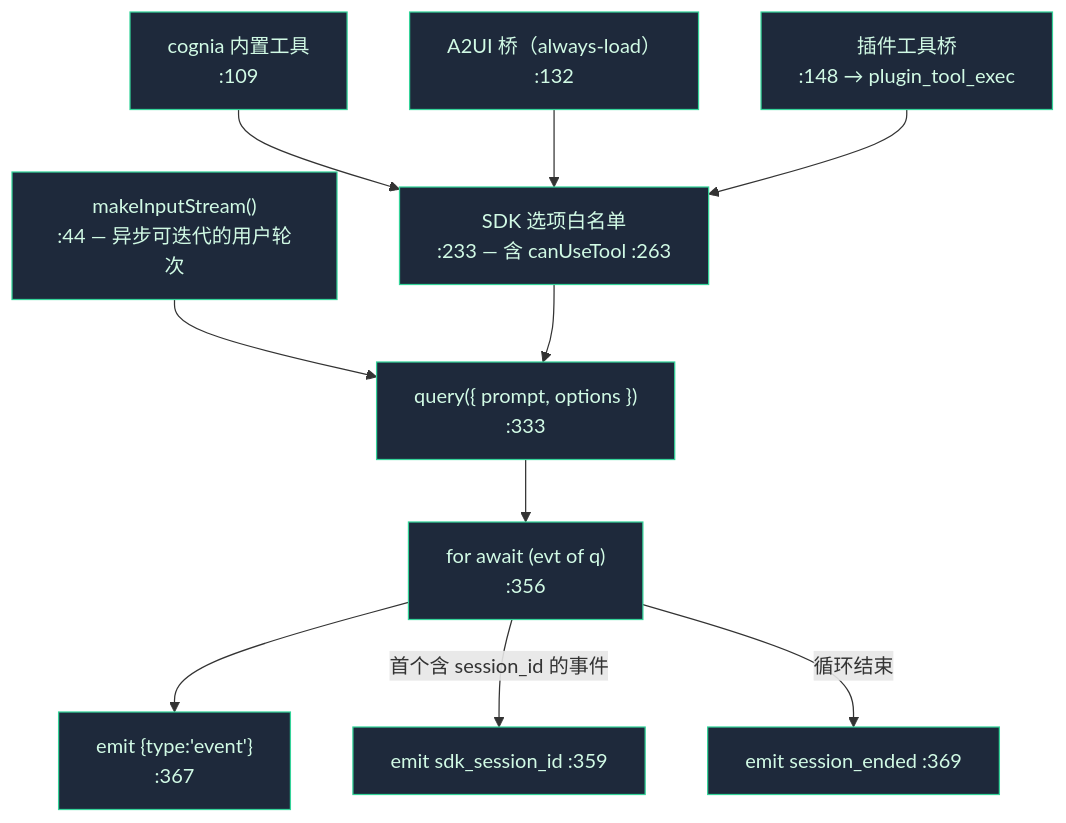
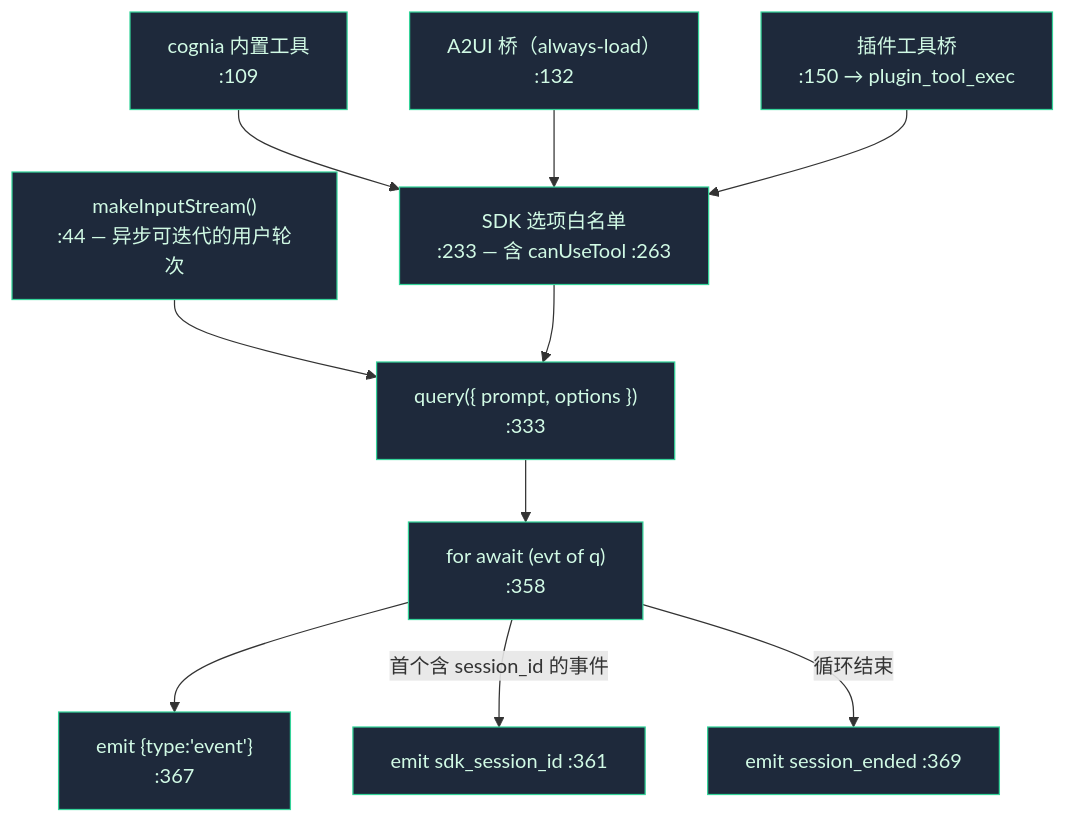
The third of 3 diagrams in docs/content/docs/zh/chat/built-in-agent/runtime-loop.mdx (MaxQian888/cognia-next), drawn with Mermaid before and after one commit. The commit also changed other lines of this file and 17 other files, not shown here.

````diff
--- a/docs/content/docs/zh/chat/built-in-agent/runtime-loop.mdx
+++ b/docs/content/docs/zh/chat/built-in-agent/runtime-loop.mdx
@@ -152,19 +152,19 @@
 ```mermaid
 flowchart TB
   IN["makeInputStream()<br/>:44 — 异步可迭代的用户轮次"]
   MCP1["cognia 内置工具<br/>:109"]
   MCP2["A2UI 桥（always-load）<br/>:132"]
-  MCP3["插件工具桥<br/>:148 → plugin_tool_exec"]
+  MCP3["插件工具桥<br/>:150 → plugin_tool_exec"]
   OPTS["SDK 选项白名单<br/>:233 — 含 canUseTool :263"]
   Q["query({ prompt, options })<br/>:333"]
-  PUMP["for await (evt of q)<br/>:356"]
+  PUMP["for await (evt of q)<br/>:358"]
   EMIT["emit {type:'event'}<br/>:367"]
 
   IN --> Q
   MCP1 & MCP2 & MCP3 --> OPTS --> Q --> PUMP --> EMIT
-  PUMP -->|"首个含 session_id 的事件"| SID["emit sdk_session_id :359"]
+  PUMP -->|"首个含 session_id 的事件"| SID["emit sdk_session_id :361"]
   PUMP -->|"循环结束"| END["emit session_ended :369"]
 
   classDef n fill:#1e293b,stroke:#34d399,color:#d1fae5
   class IN,MCP1,MCP2,MCP3,OPTS,Q,PUMP,EMIT,SID,END n
 ```
````
